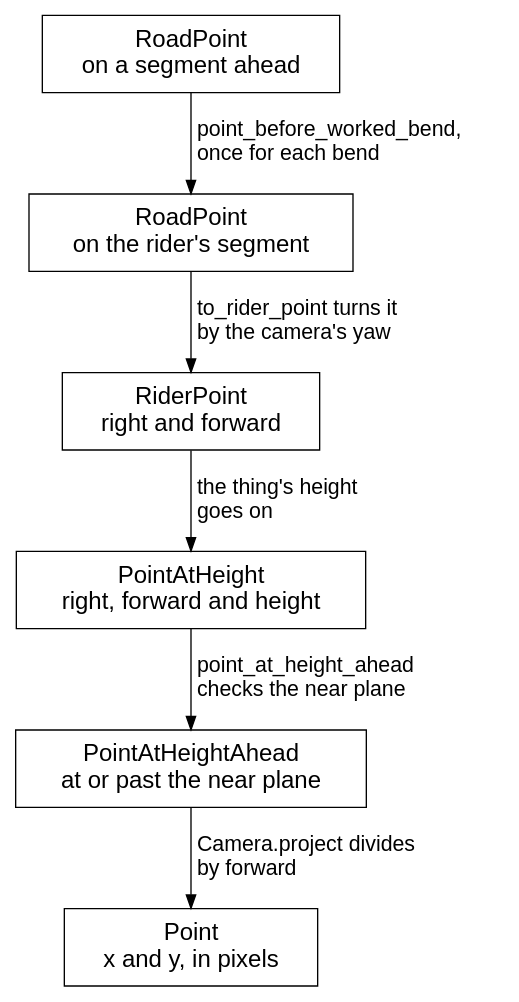
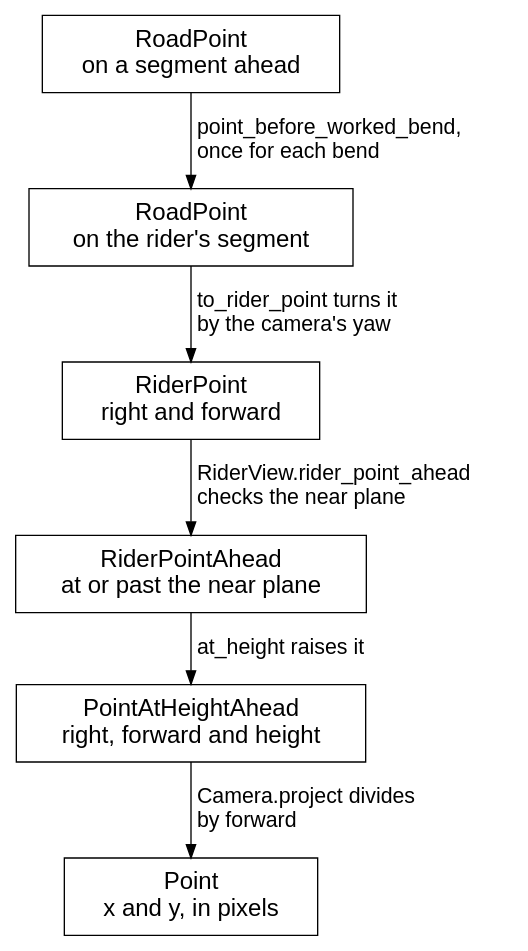
Diagram 14 of 22 in canvas_apps/safari/tutorial/tutorial.md (showell/roc-apps), drawn with Graphviz before and after one commit. The commit also changed other lines of this file and 4 other files, not shown here.

````diff
--- a/canvas_apps/safari/tutorial/tutorial.md
+++ b/canvas_apps/safari/tutorial/tutorial.md
@@ -2461,20 +2410,20 @@
 ```dot
 digraph trip {
   rankdir=TB;
   nodesep=0.6;
-  ranksep=0.55;
+  ranksep=0.5;
   node [shape=box, fontname="Helvetica", fontsize=18, margin="0.25,0.12"];
   edge [fontname="Helvetica", fontsize=16];
   ahead [label="RoadPoint\non a segment ahead"];
   own [label="RoadPoint\non the rider's segment"];
   rider [label="RiderPoint\nright and forward"];
-  height [label="PointAtHeight\nright, forward and height"];
-  inview [label="PointAtHeightAhead\nat or past the near plane"];
+  checked [label="RiderPointAhead\nat or past the near plane"];
+  raised [label="PointAtHeightAhead\nright, forward and height"];
   screen [label="Point\nx and y, in pixels"];
   ahead -> own [label="  point_before_worked_bend,\l  once for each bend\l"];
   own -> rider [label="  to_rider_point turns it\l  by the camera's yaw\l"];
-  rider -> height [label="  the thing's height\l  goes on\l"];
-  height -> inview [label="  point_at_height_ahead\l  checks the near plane\l"];
-  inview -> screen [label="  Camera.project divides\l  by forward\l"];
+  rider -> checked [label="  RiderView.rider_point_ahead\l  checks the near plane\l"];
+  checked -> raised [label="  at_height raises it\l"];
+  raised -> screen [label="  Camera.project divides\l  by forward\l"];
 }
 ```
````
